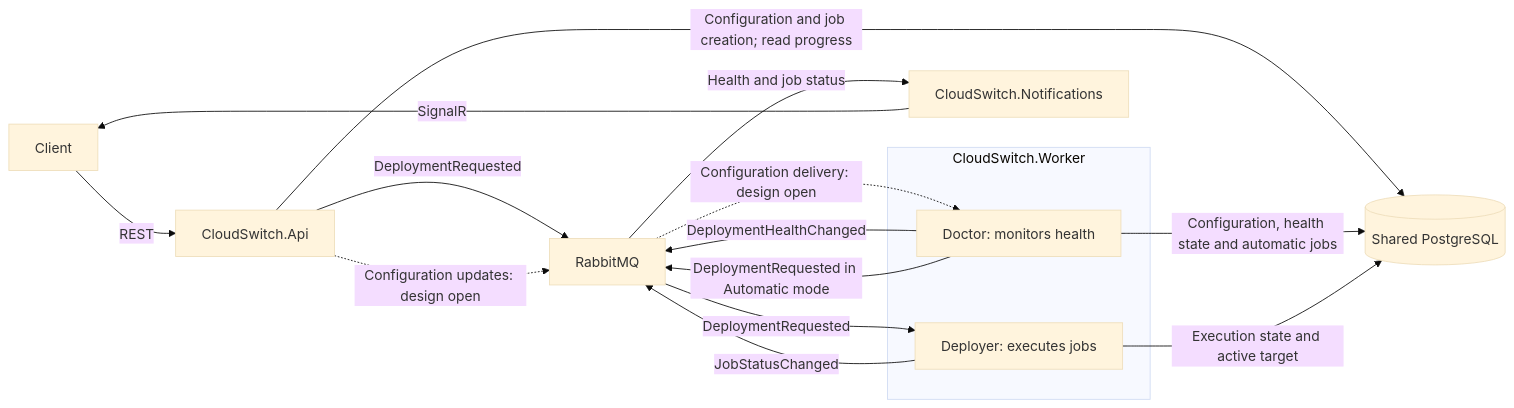
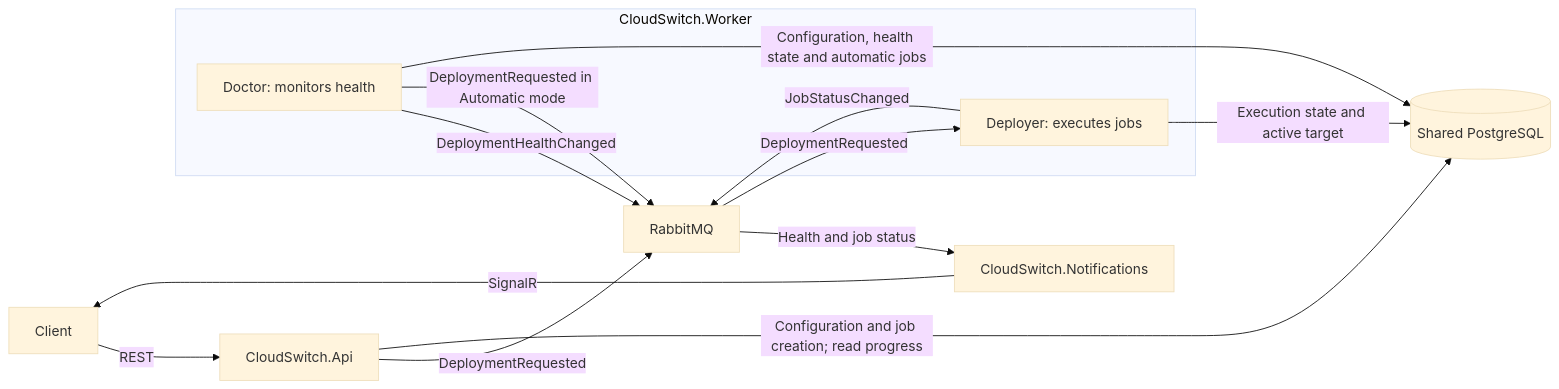
Before and after one commit to project-cloud-switch/CloudSwitch: the diagram in docs/architecture.md, drawn with Mermaid (base theme). The commit also changed other lines of this file, not shown here.

Commit message:
docs: align docs/architecture.md with MVP scope and open decisions

````diff
--- a/docs/architecture.md
+++ b/docs/architecture.md
@@ -5,24 +5,22 @@
 ```mermaid
 flowchart LR
     Client[Client] -->|REST| API[CloudSwitch.Api]
     API -->|DeploymentRequested| MQ[RabbitMQ]
-    API -.->|Configuration updates: design open| MQ
 
     subgraph Worker[CloudSwitch.Worker]
         Doctor[Doctor: monitors health]
         Deployer[Deployer: executes jobs]
     end
 
     Doctor -->|DeploymentHealthChanged| MQ
     Doctor -->|DeploymentRequested in Automatic mode| MQ
     MQ -->|DeploymentRequested| Deployer
-    MQ -.->|Configuration delivery: design open| Doctor
     Deployer -->|JobStatusChanged| MQ
     MQ -->|Health and job status| Notifications[CloudSwitch.Notifications]
     Notifications -->|SignalR| Client
 
     DB[(Shared PostgreSQL)]
     API -->|Configuration and job creation; read progress| DB
     Doctor -->|Configuration, health state and automatic jobs| DB
     Deployer -->|Execution state and active target| DB
 ```
````
